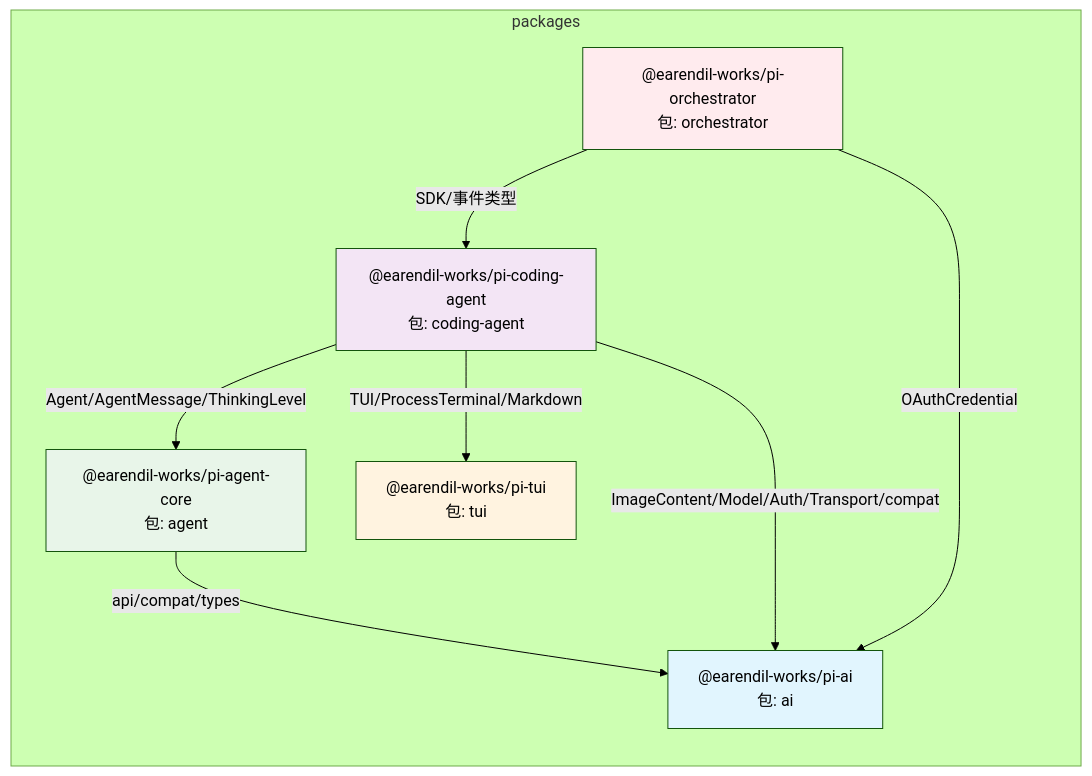
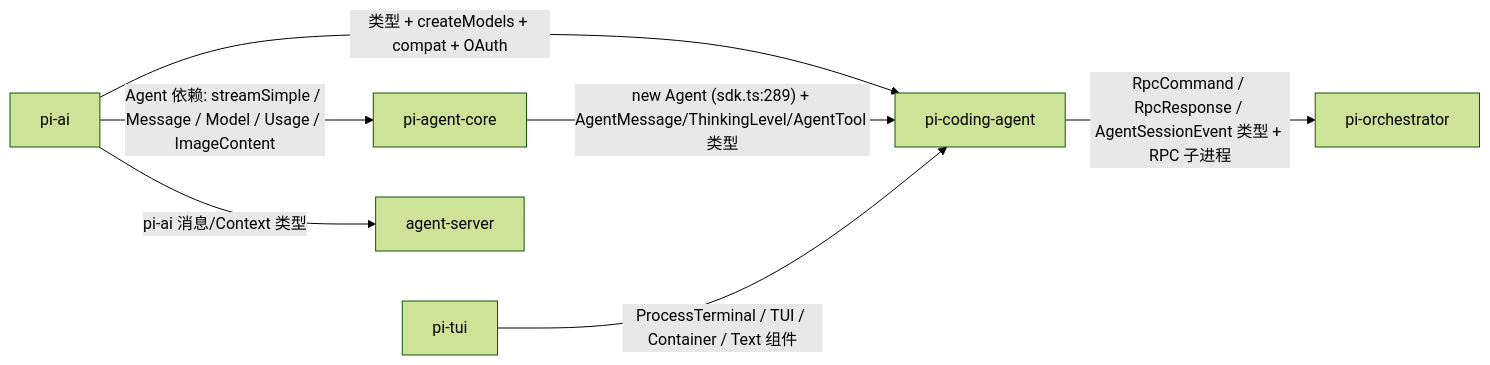
The seventh of 12 diagrams in graphify-diagrams.md (turbin/Turbo-pi), drawn with Mermaid (forest theme) before and after one commit. The commit also changed other lines of this file and 136 other files, not shown here.

First line of the commit message:
chore(agent-server): graphify 依赖图更新 + inject-proxy 参数处理修正 + observability 测试格式化 + 27b-cold-v2 合成轨迹归档

````diff
--- a/graphify-diagrams.md
+++ b/graphify-diagrams.md
@@ -55,23 +219,9 @@
 ```mermaid
 flowchart LR
-  subgraph packages
-    A["@earendil-works/pi-ai<br/>包: ai"]
-    B["@earendil-works/pi-agent-core<br/>包: agent"]
-    C["@earendil-works/pi-tui<br/>包: tui"]
-    D["@earendil-works/pi-coding-agent<br/>包: coding-agent"]
-    E["@earendil-works/pi-orchestrator<br/>包: orchestrator"]
-  end
-
-  B -->|api/compat/types| A
-  D -->|Agent/AgentMessage/ThinkingLevel| B
-  D -->|ImageContent/Model/Auth/Transport/compat| A
-  D -->|TUI/ProcessTerminal/Markdown| C
-  E -->|SDK/事件类型| D
-  E -->|OAuthCredential| A
-
-  style A fill:#e1f5fe
-  style B fill:#e8f5e9
-  style C fill:#fff3e0
-  style D fill:#f3e5f5
-  style E fill:#ffebee
+  A["pi-ai"] -->|"Agent 依赖: streamSimple / Message / Model / Usage / ImageContent"| B["pi-agent-core"]
+  A -->|"类型 + createModels + compat + OAuth"| C["pi-coding-agent"]
+  B -->|"new Agent (sdk.ts:289) + AgentMessage/ThinkingLevel/AgentTool 类型"| C
+  T["pi-tui"] -->|"ProcessTerminal / TUI / Container / Text 组件"| C
+  C -->|"RpcCommand / RpcResponse / AgentSessionEvent 类型 + RPC 子进程"| O["pi-orchestrator"]
+  A -->|"pi-ai 消息/Context 类型"| S["agent-server"]
 ```
````
